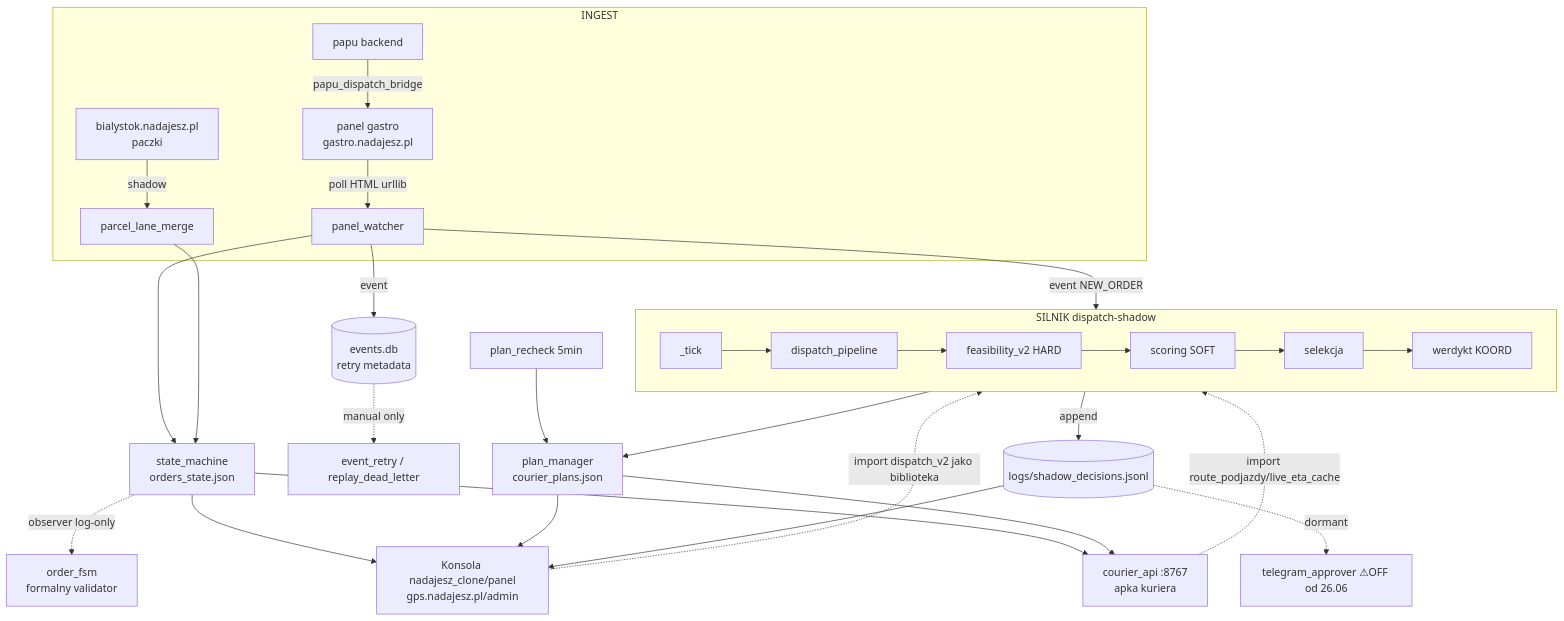
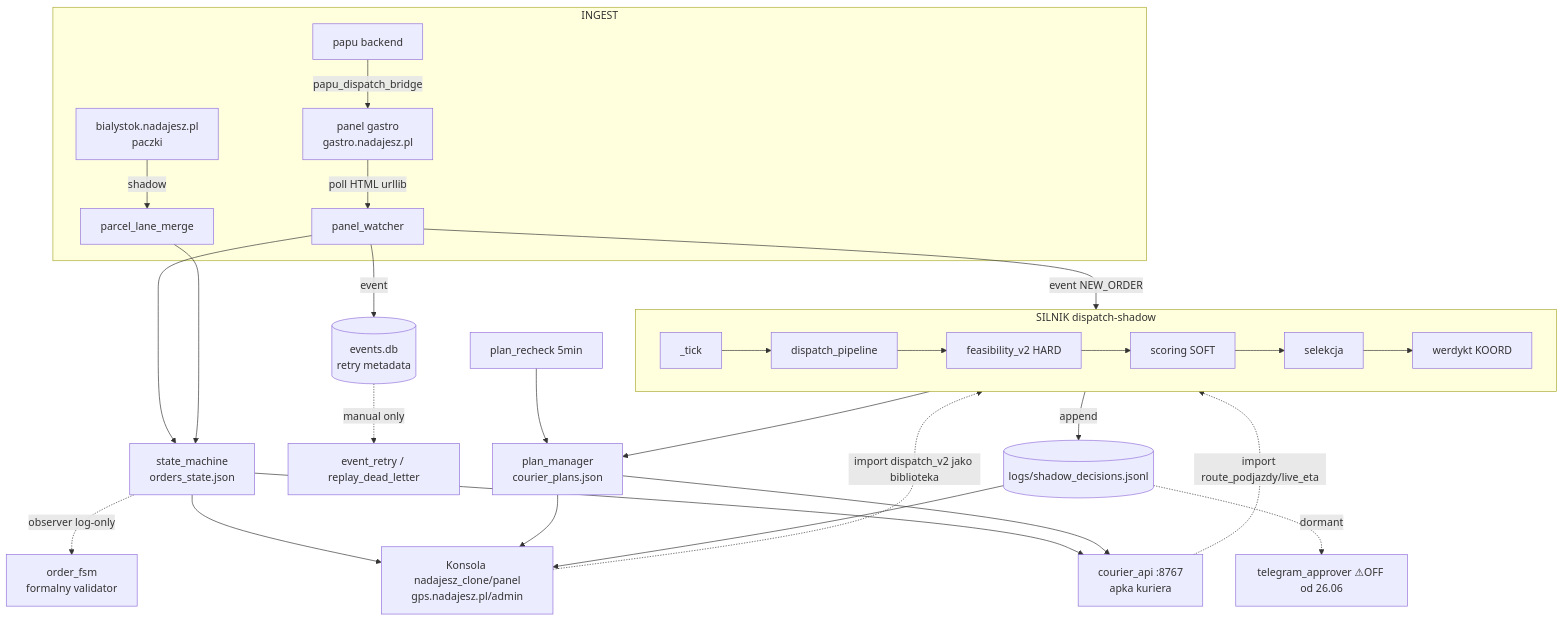
Before and after one commit to czaplaadrian88-code/ziomek-dispatch-: the diagram in docs/ARCHITECTURE.md, drawn with Mermaid. The commit also changed other lines of this file and 16 other files, not shown here.

Commit message:
fix: unify live ETA behind one server producer

````diff
--- a/docs/ARCHITECTURE.md
+++ b/docs/ARCHITECTURE.md
@@ -45,28 +45,28 @@
 ```mermaid
 flowchart TD
   subgraph INGEST
     G[panel gastro<br/>gastro.nadajesz.pl] -->|poll HTML urllib| PW[panel_watcher]
     PA[bialystok.nadajesz.pl<br/>paczki] -->|shadow| PM[parcel_lane_merge]
     PP[papu backend] -->|papu_dispatch_bridge| G
   end
   PW --> SM[state_machine<br/>orders_state.json]
   SM -.->|observer log-only| FSM[order_fsm<br/>formalny validator]
   PW -->|event NEW_ORDER| ENG
   PW -->|event| EB[(events.db<br/>retry metadata)]
   EB -.->|manual only| RH[event_retry / replay_dead_letter]
   PM --> SM
   subgraph ENG [SILNIK dispatch-shadow]
     T[_tick] --> DP[dispatch_pipeline] --> FE[feasibility_v2 HARD] --> SC[scoring SOFT] --> SEL[selekcja] --> VD[werdykt KOORD]
   end
   ENG -->|append| SD[(logs/shadow_decisions.jsonl)]
   ENG --> PMG[plan_manager<br/>courier_plans.json]
   PR[plan_recheck 5min] --> PMG
   SD -. dormant .-> TG[telegram_approver ⚠OFF od 26.06]
   SM --> CON[Konsola nadajesz_clone/panel<br/>gps.nadajesz.pl/admin]
   PMG --> CON
   SD --> CON
   SM --> CAPI[courier_api :8767<br/>apka kuriera]
   PMG --> CAPI
   CON -.->|import dispatch_v2 jako biblioteka| ENG
-  CAPI -.->|import route_podjazdy/live_eta_cache| ENG
+  CAPI -.->|import route_podjazdy/live_eta| ENG
 ```
````
